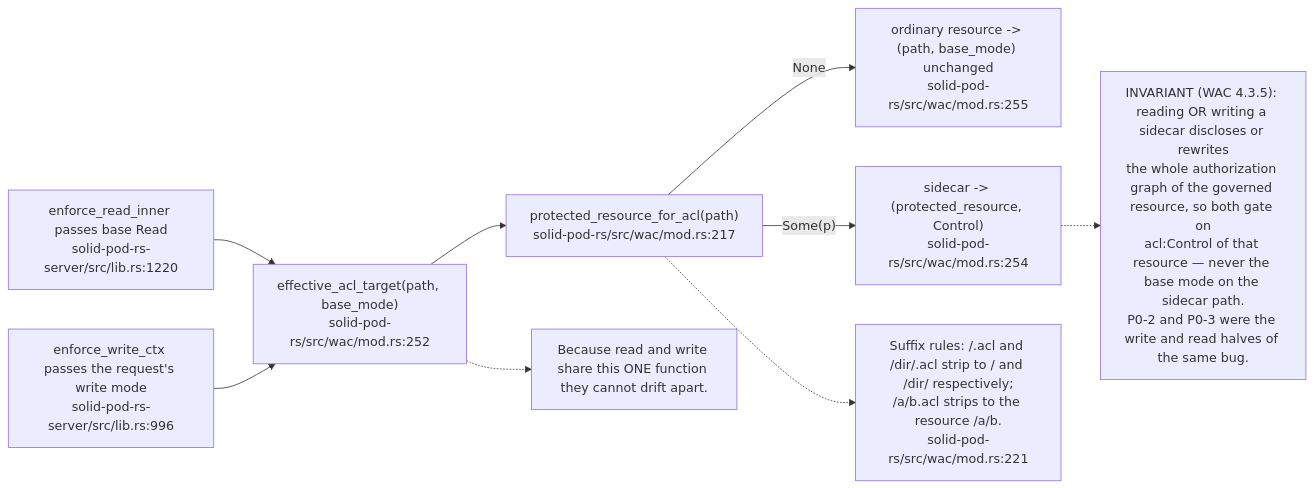
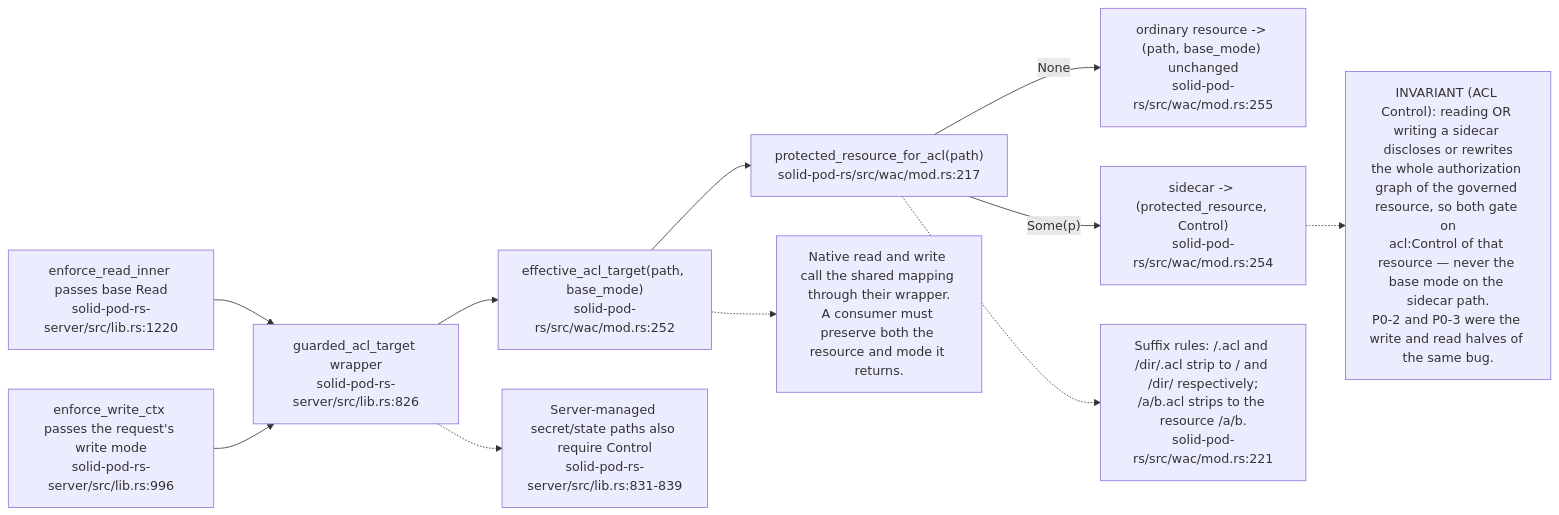
The fifth of 13 diagrams in docs/diagrams/solid-pod-rs/04-wac-authorisation.md (DreamLab-AI/VisionFlow), drawn with Mermaid before and after one commit. The commit also changed other lines of this file and 30 other files, not shown here.

Commit message:
docs: audit Solid HTTP ACL admission and delivery contracts

````diff
--- a/docs/diagrams/solid-pod-rs/04-wac-authorisation.md
+++ b/docs/diagrams/solid-pod-rs/04-wac-authorisation.md
@@ -166,22 +166,24 @@
 ```mermaid
 flowchart LR
     IN["effective_acl_target(path, base_mode)<br/>solid-pod-rs/src/wac/mod.rs:252"]
     PR["protected_resource_for_acl(path)<br/>solid-pod-rs/src/wac/mod.rs:217"]
     ORD["ordinary resource -> (path, base_mode) unchanged<br/>solid-pod-rs/src/wac/mod.rs:255"]
     ELV["sidecar -> (protected_resource, Control)<br/>solid-pod-rs/src/wac/mod.rs:254"]
     RD["enforce_read_inner passes base Read<br/>solid-pod-rs-server/src/lib.rs:1220"]
     WR["enforce_write_ctx passes the request's write mode<br/>solid-pod-rs-server/src/lib.rs:996"]
 
     IN --> PR
     PR -- None --> ORD
     PR -- "Some(p)" --> ELV
-    RD --> IN
-    WR --> IN
+    RD --> GUARD["guarded_acl_target wrapper<br/>solid-pod-rs-server/src/lib.rs:826"]
+    WR --> GUARD
+    GUARD --> IN
+    GUARD -.-> EXTRA["Server-managed secret/state paths also require Control<br/>solid-pod-rs-server/src/lib.rs:831-839"]
 
     N1["Suffix rules: /.acl and /dir/.acl strip to / and /dir/ respectively;<br/>/a/b.acl strips to the resource /a/b.<br/>solid-pod-rs/src/wac/mod.rs:221"]
     PR -.-> N1
-    N2["INVARIANT (WAC 4.3.5): reading OR writing a sidecar discloses or rewrites<br/>the whole authorization graph of the governed resource, so both gate on<br/>acl:Control of that resource — never the base mode on the sidecar path.<br/>P0-2 and P0-3 were the write and read halves of the same bug."]
+    N2["INVARIANT (ACL Control): reading OR writing a sidecar discloses or rewrites<br/>the whole authorization graph of the governed resource, so both gate on<br/>acl:Control of that resource — never the base mode on the sidecar path.<br/>P0-2 and P0-3 were the write and read halves of the same bug."]
     ELV -.-> N2
-    N3["Because read and write share this ONE function they cannot drift apart."]
+    N3["Native read and write call the shared mapping through their wrapper.<br/>A consumer must preserve both the resource and mode it returns."]
     IN -.-> N3
 ```
````
